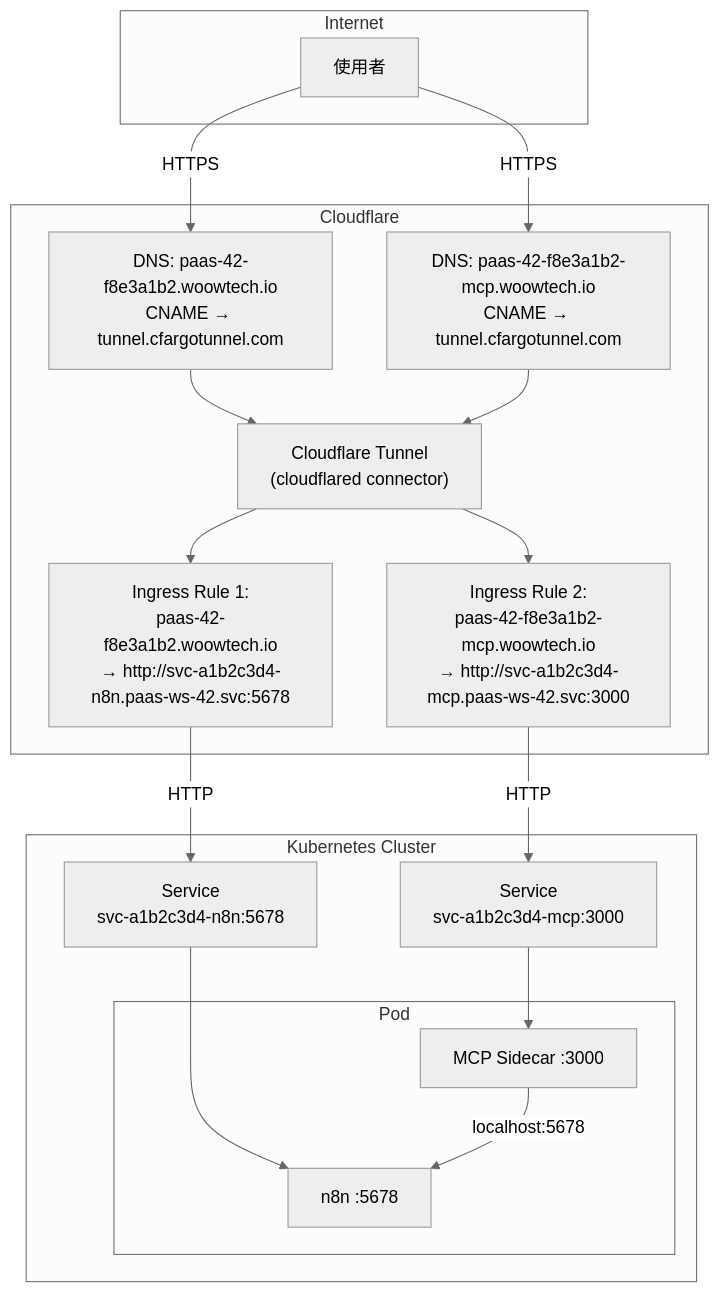
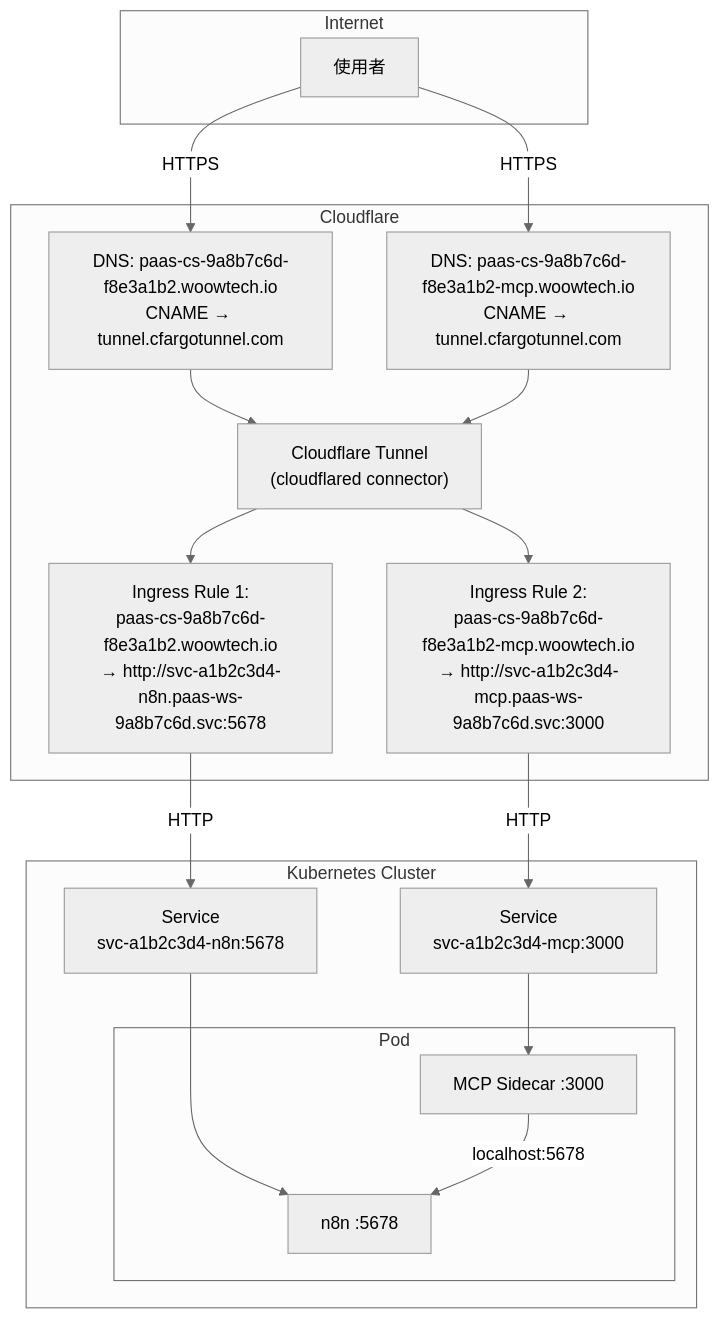
The ninth of 11 diagrams in docs/reference/architecture/n8n-cloud-service-lifecycle.md (WOOWTECH/odoo-addon-woow-paas-platform), drawn with Mermaid (neutral theme) before and after one commit. The commit also changed other lines of this file and 15 other files, not shown here.

````diff
--- a/docs/reference/architecture/n8n-cloud-service-lifecycle.md
+++ b/docs/reference/architecture/n8n-cloud-service-lifecycle.md
@@ -747,36 +759,36 @@
 ```mermaid
 graph TB
     subgraph "Internet"
         User["使用者"]
     end
 
     subgraph "Cloudflare"
-        DNS1["DNS: paas-42-f8e3a1b2.woowtech.io<br/>CNAME → tunnel.cfargotunnel.com"]
-        DNS2["DNS: paas-42-f8e3a1b2-mcp.woowtech.io<br/>CNAME → tunnel.cfargotunnel.com"]
+        DNS1["DNS: paas-cs-9a8b7c6d-f8e3a1b2.woowtech.io<br/>CNAME → tunnel.cfargotunnel.com"]
+        DNS2["DNS: paas-cs-9a8b7c6d-f8e3a1b2-mcp.woowtech.io<br/>CNAME → tunnel.cfargotunnel.com"]
         Tunnel["Cloudflare Tunnel<br/>(cloudflared connector)"]
-        Rule1["Ingress Rule 1:<br/>paas-42-f8e3a1b2.woowtech.io<br/>→ http://svc-a1b2c3d4-n8n.paas-ws-42.svc:5678"]
-        Rule2["Ingress Rule 2:<br/>paas-42-f8e3a1b2-mcp.woowtech.io<br/>→ http://svc-a1b2c3d4-mcp.paas-ws-42.svc:3000"]
+        Rule1["Ingress Rule 1:<br/>paas-cs-9a8b7c6d-f8e3a1b2.woowtech.io<br/>→ http://svc-a1b2c3d4-n8n.paas-ws-9a8b7c6d.svc:5678"]
+        Rule2["Ingress Rule 2:<br/>paas-cs-9a8b7c6d-f8e3a1b2-mcp.woowtech.io<br/>→ http://svc-a1b2c3d4-mcp.paas-ws-9a8b7c6d.svc:3000"]
     end
 
     subgraph "Kubernetes Cluster"
         SvcN8n["Service<br/>svc-a1b2c3d4-n8n:5678"]
         SvcMcp["Service<br/>svc-a1b2c3d4-mcp:3000"]
 
         subgraph "Pod"
             N8n["n8n :5678"]
             Sidecar["MCP Sidecar :3000"]
         end
     end
 
     User -->|"HTTPS"| DNS1
     User -->|"HTTPS"| DNS2
     DNS1 --> Tunnel
     DNS2 --> Tunnel
     Tunnel --> Rule1
     Tunnel --> Rule2
     Rule1 -->|"HTTP"| SvcN8n
     Rule2 -->|"HTTP"| SvcMcp
     SvcN8n --> N8n
     SvcMcp --> Sidecar
     Sidecar -->|"localhost:5678"| N8n
 ```
````
